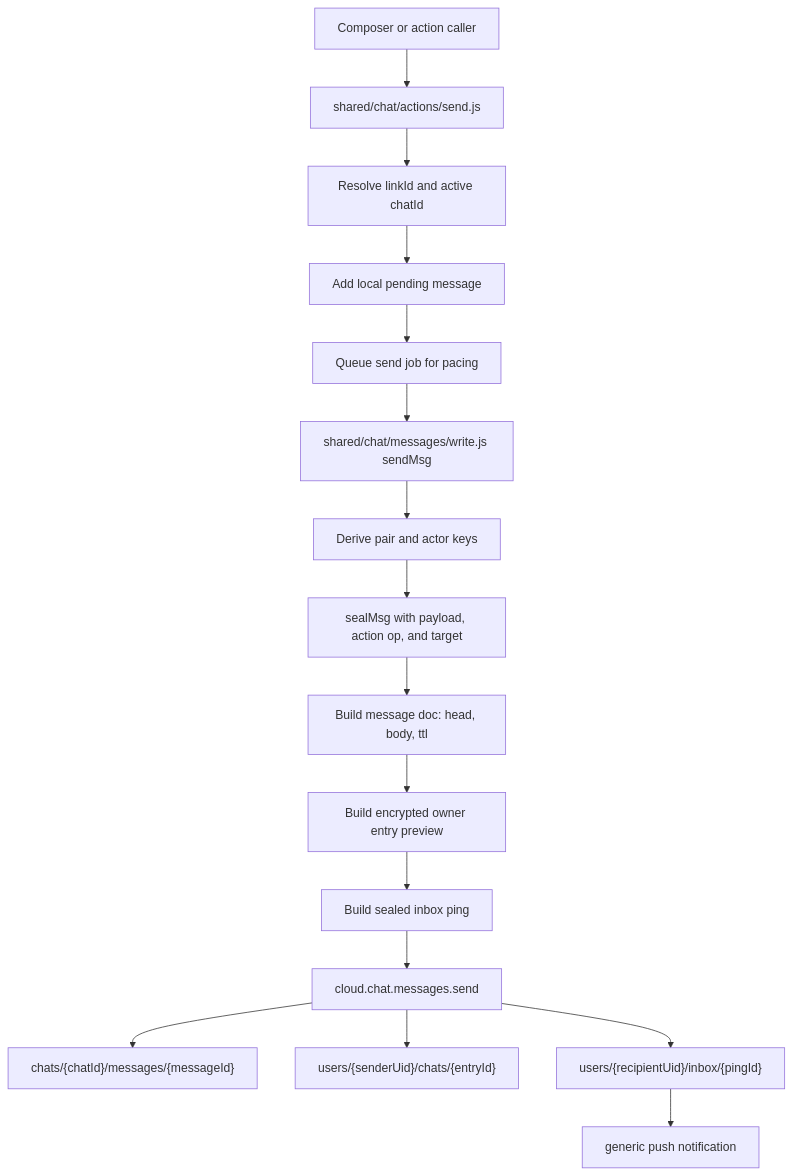
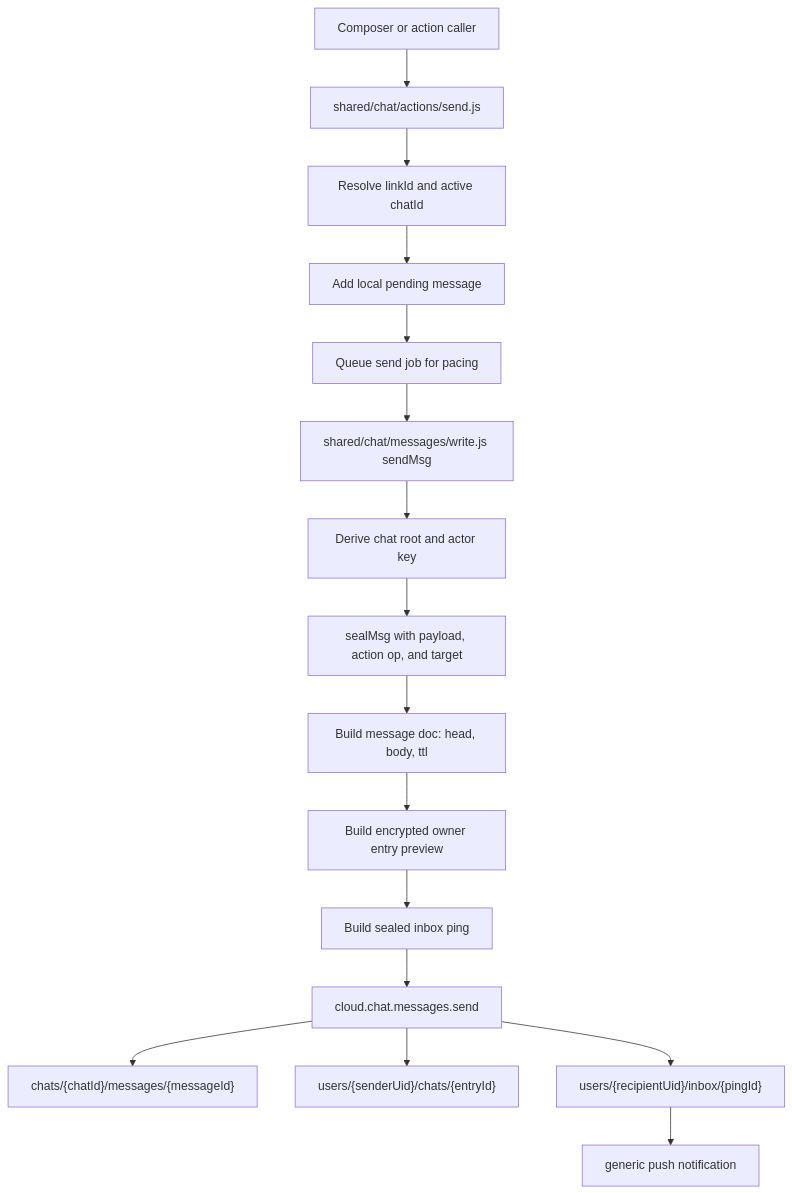
The first of 5 diagrams in lifecycle/msg.md (glyphteck/veyl), drawn with Mermaid before and after one commit. The commit also changed other lines of this file and 59 other files, not shown here.

````diff
--- a/lifecycle/msg.md
+++ b/lifecycle/msg.md
@@ -9,18 +9,18 @@
 ```mermaid
 flowchart TD
     A["Composer or action caller"] --> B["shared/chat/actions/send.js"]
     B --> C["Resolve linkId and active chatId"]
     C --> D["Add local pending message"]
     D --> E["Queue send job for pacing"]
     E --> F["shared/chat/messages/write.js sendMsg"]
-    F --> G["Derive pair and actor keys"]
+    F --> G["Derive chat root and actor key"]
     G --> H["sealMsg with payload, action op, and target"]
     H --> I["Build message doc: head, body, ttl"]
     I --> J["Build encrypted owner entry preview"]
     J --> K["Build sealed inbox ping"]
     K --> L["cloud.chat.messages.send"]
     L --> M["chats/{chatId}/messages/{messageId}"]
     L --> N["users/{senderUid}/chats/{entryId}"]
     L --> O["users/{recipientUid}/inbox/{pingId}"]
     O --> P["generic push notification"]
 ```
````
